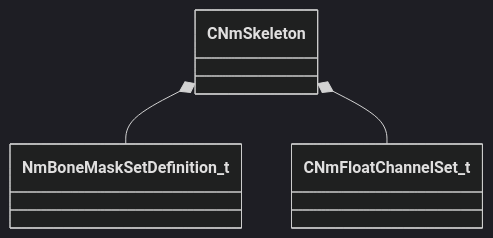
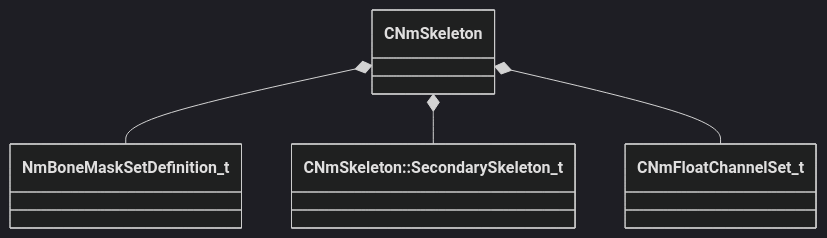
The diagram in docs/generated/schemas/animlib/CNmSkeleton.md (CS2OpenDev/CS2OpenDev-Docs), drawn with Mermaid (dark theme) before and after one commit. The commit also changed other lines of this file and 4525 other files, not shown here.

````diff
--- a/docs/generated/schemas/animlib/CNmSkeleton.md
+++ b/docs/generated/schemas/animlib/CNmSkeleton.md
@@ -15,5 +17,6 @@
 ```mermaid
 classDiagram
     CNmSkeleton *-- NmBoneMaskSetDefinition_t
+    CNmSkeleton *-- `CNmSkeleton::SecondarySkeleton_t`
     CNmSkeleton *-- CNmFloatChannelSet_t
 ```
````
